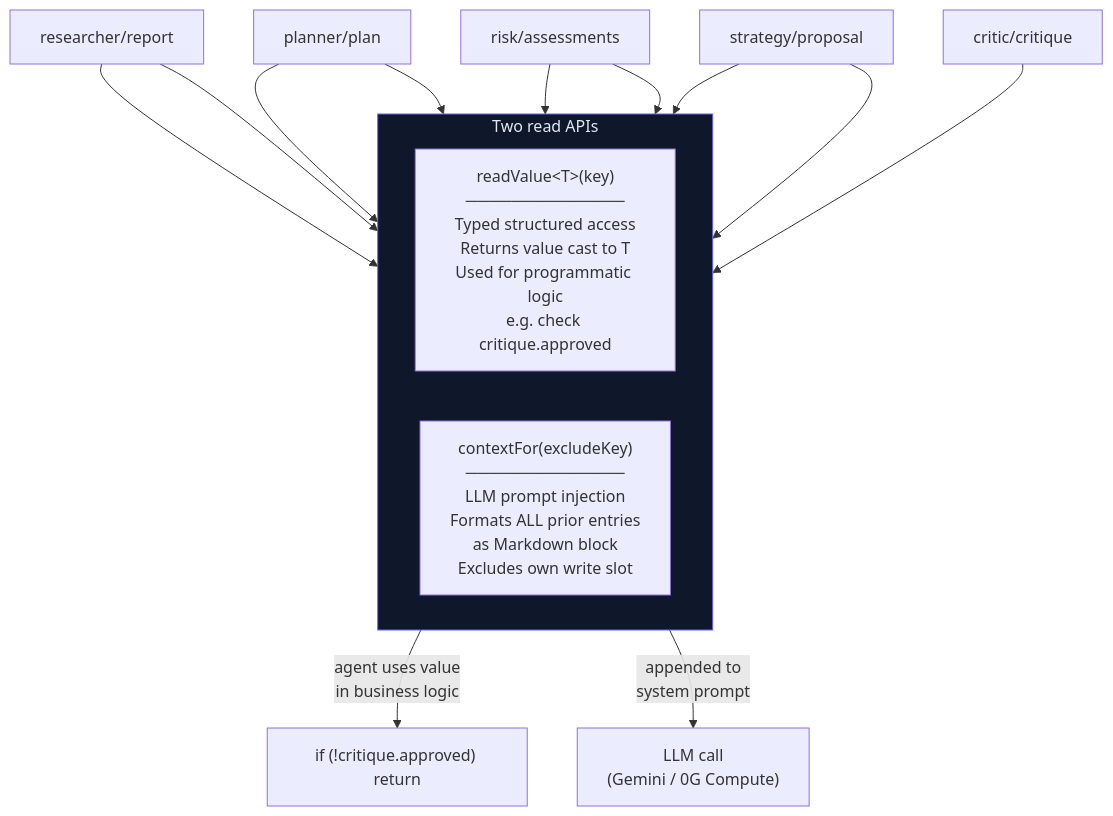
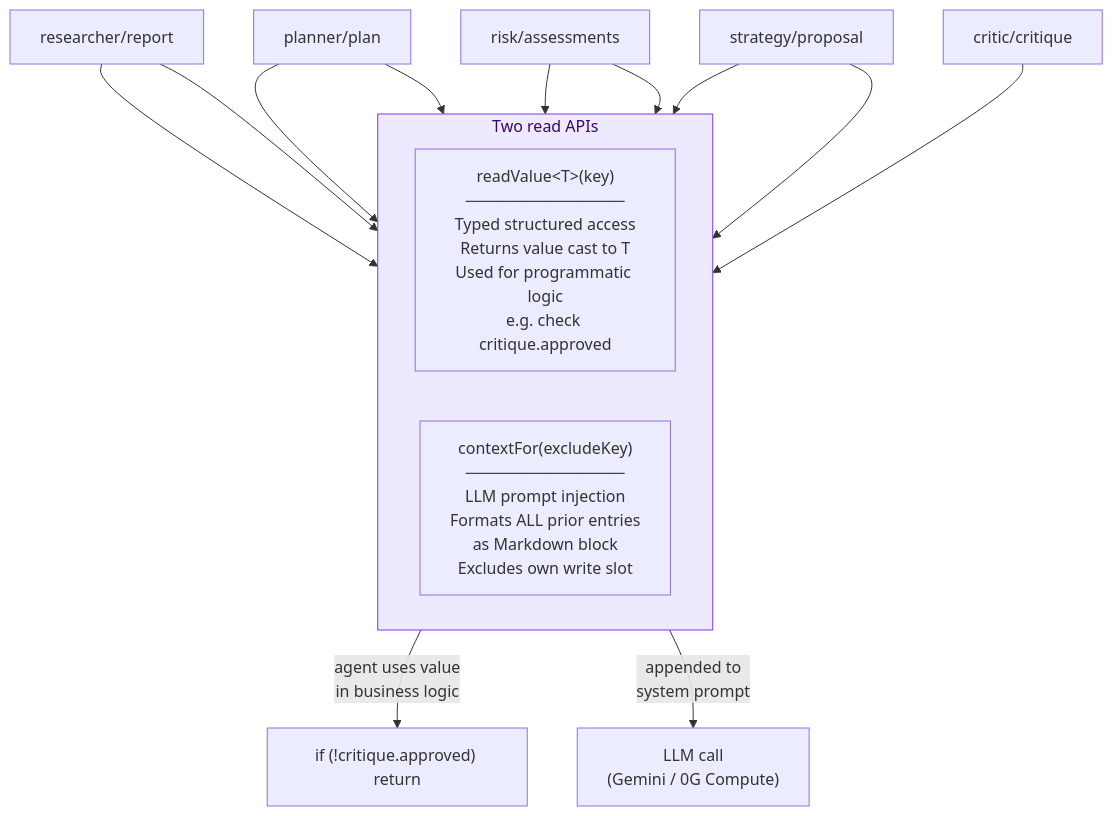
Before and after one commit to NirajBhattarai/UniswapSwarm: the fifth of 6 diagrams in README.md, drawn with Mermaid. The commit also changed other lines of this file, not shown here.

Commit message:
docs: fix Mermaid color contrast in KV store diagrams, remove duplicate heading

````diff
--- a/README.md
+++ b/README.md
@@ -521,19 +521,19 @@
 ```mermaid
 flowchart TD
     subgraph READS["Two read APIs"]
         direction LR
         RV["readValue&lt;T&gt;(key)\n──────────────\nTyped structured access\nReturns value cast to T\nUsed for programmatic logic\ne.g. check critique.approved"]
         CF["contextFor(excludeKey)\n──────────────\nLLM prompt injection\nFormats ALL prior entries\nas Markdown block\nExcludes own write slot"]
     end
 
     K1R["researcher/report"] --> RV & CF
     K3R["planner/plan"] --> RV & CF
     K4R["risk/assessments"] --> RV & CF
     K5R["strategy/proposal"] --> RV & CF
     K6R["critic/critique"] --> RV
 
     RV -->|"agent uses value\nin business logic"| BL["if (!critique.approved) return"]
     CF -->|"appended to\nsystem prompt"| LLM["LLM call\n(Gemini / 0G Compute)"]
 
-    style READS fill:#0f172a,stroke:#6366f1,color:#e2e8f0
+    style READS fill:#ede9fe,stroke:#7c3aed,color:#3b0764
 ```
````
